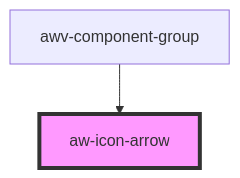
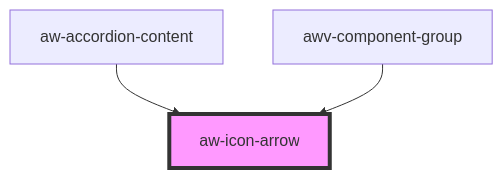
One commit to ricardoaruiz/any-where-components changed the diagram in core/src/components/icons/aw-icon-arrow/readme.md. Above: the diagram before and after it, drawn with Mermaid. The commit also changed other lines of this file and 23 other files, not shown here.

````diff
--- a/core/src/components/icons/aw-icon-arrow/readme.md
+++ b/core/src/components/icons/aw-icon-arrow/readme.md
@@ -25,5 +26,6 @@
 ```mermaid
 graph TD;
+  aw-accordion-content --> aw-icon-arrow
   awv-component-group --> aw-icon-arrow
   style aw-icon-arrow fill:#f9f,stroke:#333,stroke-width:4px
 ```
````
